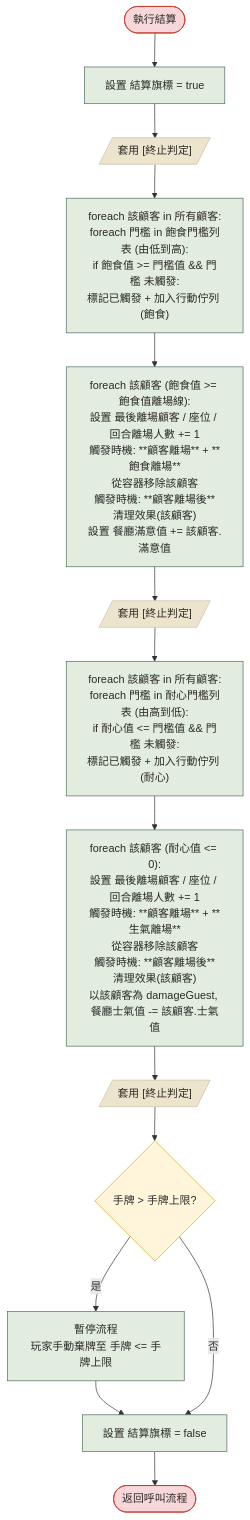
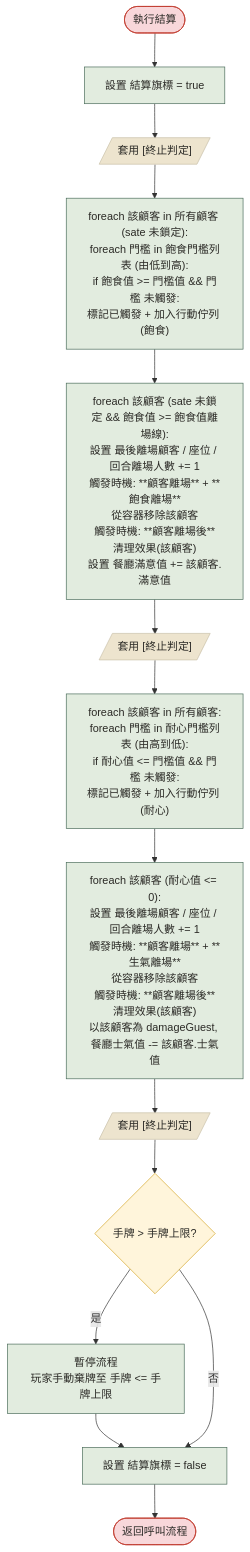
The diagram in doc/build-html/mermaid/flow-sub-settle.mmd (yinweli/RovingDiner), drawn with Mermaid before and after one commit. The commit also changed 4 other files, not shown here.

```diff
--- a/doc/build-html/mermaid/flow-sub-settle.mmd
+++ b/doc/build-html/mermaid/flow-sub-settle.mmd
@@ -1,23 +1,23 @@
 flowchart TD
     Start([執行結算]) --> A0["設置 結算旗標 = true"]
     A0 --> J1[/"套用 [終止判定]"/]
-    J1 --> A1["foreach 該顧客 in 所有顧客:<br/>foreach 門檻 in 飽食門檻列表 (由低到高):<br/>if 飽食值 >= 門檻值 && 門檻 未觸發:<br/>標記已觸發 + 加入行動佇列 (飽食)"]
-    A1 --> A2["foreach 該顧客 (飽食值 >= 飽食值離場線):<br/>設置 最後離場顧客 / 座位 / 回合離場人數 += 1<br/>觸發時機: **顧客離場** + **飽食離場**<br/>從容器移除該顧客<br/>觸發時機: **顧客離場後**<br/>清理效果(該顧客)<br/>設置 餐廳滿意值 += 該顧客.滿意值"]
+    J1 --> A1["foreach 該顧客 in 所有顧客 (sate 未鎖定):<br/>foreach 門檻 in 飽食門檻列表 (由低到高):<br/>if 飽食值 >= 門檻值 && 門檻 未觸發:<br/>標記已觸發 + 加入行動佇列 (飽食)"]
+    A1 --> A2["foreach 該顧客 (sate 未鎖定 && 飽食值 >= 飽食值離場線):<br/>設置 最後離場顧客 / 座位 / 回合離場人數 += 1<br/>觸發時機: **顧客離場** + **飽食離場**<br/>從容器移除該顧客<br/>觸發時機: **顧客離場後**<br/>清理效果(該顧客)<br/>設置 餐廳滿意值 += 該顧客.滿意值"]
     A2 --> J2[/"套用 [終止判定]"/]
     J2 --> A3["foreach 該顧客 in 所有顧客:<br/>foreach 門檻 in 耐心門檻列表 (由高到低):<br/>if 耐心值 <= 門檻值 && 門檻 未觸發:<br/>標記已觸發 + 加入行動佇列 (耐心)"]
     A3 --> A4["foreach 該顧客 (耐心值 <= 0):<br/>設置 最後離場顧客 / 座位 / 回合離場人數 += 1<br/>觸發時機: **顧客離場** + **生氣離場**<br/>從容器移除該顧客<br/>觸發時機: **顧客離場後**<br/>清理效果(該顧客)<br/>以該顧客為 damageGuest, 餐廳士氣值 -= 該顧客.士氣值"]
     A4 --> J3[/"套用 [終止判定]"/]
     J3 --> B1{"手牌 > 手牌上限?"}
     B1 -->|是| A5["暫停流程<br/>玩家手動棄牌至 手牌 <= 手牌上限"]
     A5 --> A6["設置 結算旗標 = false"]
     B1 -->|否| A6
     A6 --> End([返回呼叫流程])
 
     class Start,End terminal
     class A0,A1,A2,A3,A4,A5,A6 action
     class B1 decision
     class J1,J2,J3 cleanup
     classDef action fill:#e2ecdf,stroke:#4a6c5a,color:#2b2a26
     classDef cleanup fill:#ede4ce,stroke:#c9c0a8,color:#2b2a26
     classDef decision fill:#fff5db,stroke:#d4a72c,color:#2b2a26
     classDef terminal fill:#f8d7da,stroke:#c0392b,color:#2b2a26
```
